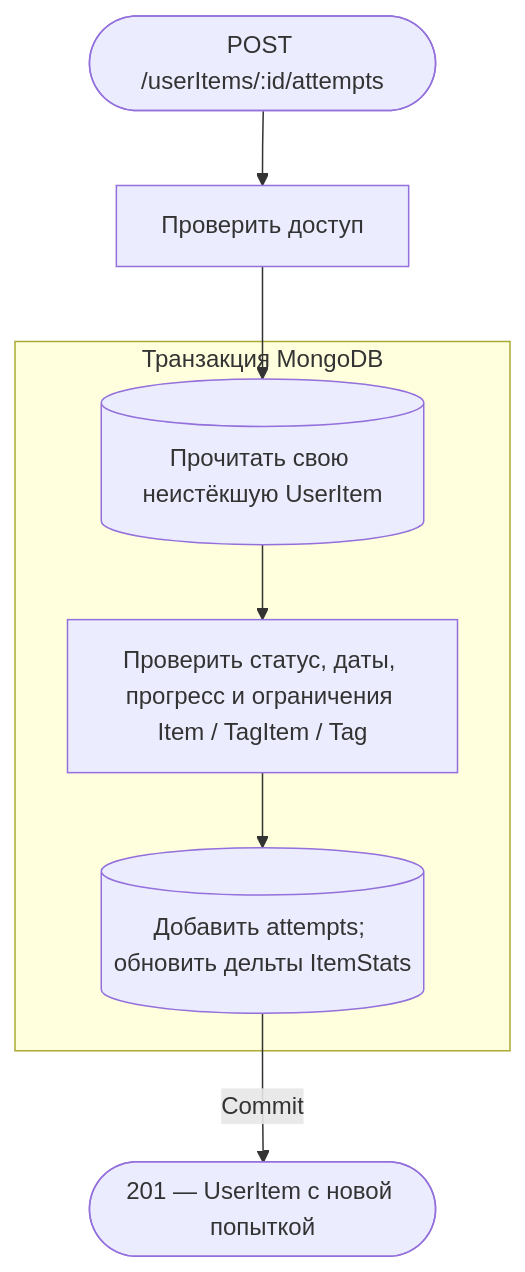
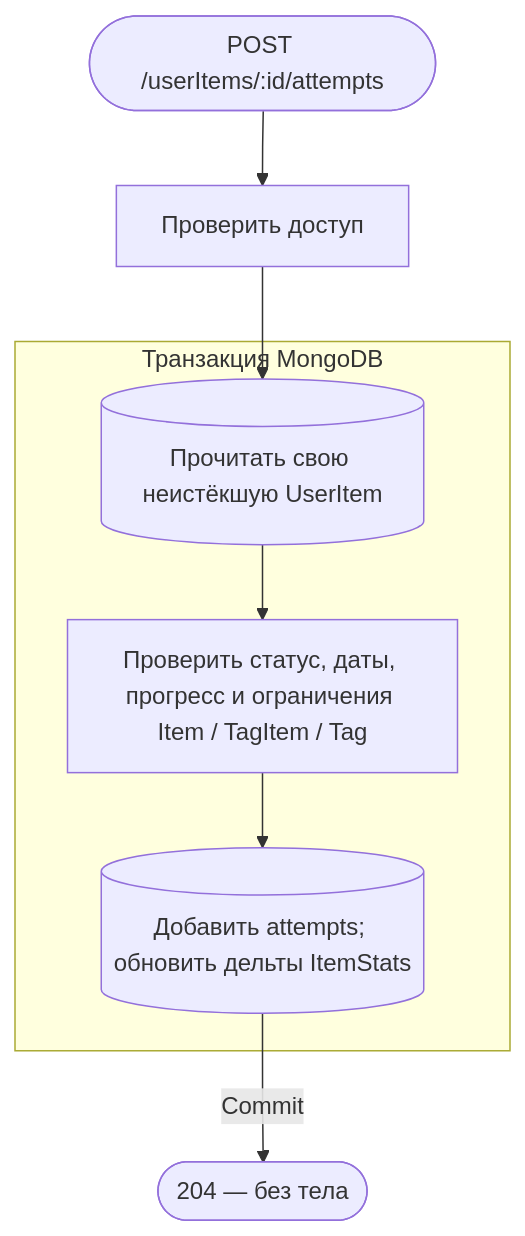
One commit to AmyGrooove/f95-tinder changed the seventh of 8 diagrams in apps/api/public/docs/api/requestFlows/userItems.md. Above: the diagram before and after it, drawn with Mermaid. The commit also changed other lines of this file and 230 other files, not shown here.

````diff
--- a/apps/api/public/docs/api/requestFlows/userItems.md
+++ b/apps/api/public/docs/api/requestFlows/userItems.md
@@ -153,13 +153,13 @@
 ```mermaid
 flowchart TD
     accTitle: Добавление попытки просмотра
     accDescr: Проверить собственную запись, статус и ограничения попытки, сохранить UserItem и статистику в транзакции и вернуть запись
     A(["POST /userItems/:id/attempts"]):::http --> B["Проверить доступ"]:::action
     subgraph TX["Транзакция MongoDB"]
         C[("Прочитать свою неистёкшую UserItem")]:::data
         C --> D["Проверить статус, даты, прогресс и ограничения Item / TagItem / Tag"]:::action
         D --> E[("Добавить attempts; обновить дельты ItemStats")]:::data
     end
     B --> C
-    E -->|Commit| R(["201 — UserItem с новой попыткой"]):::http
+    E -->|Commit| R(["204 — без тела"]):::http
 ```
````
